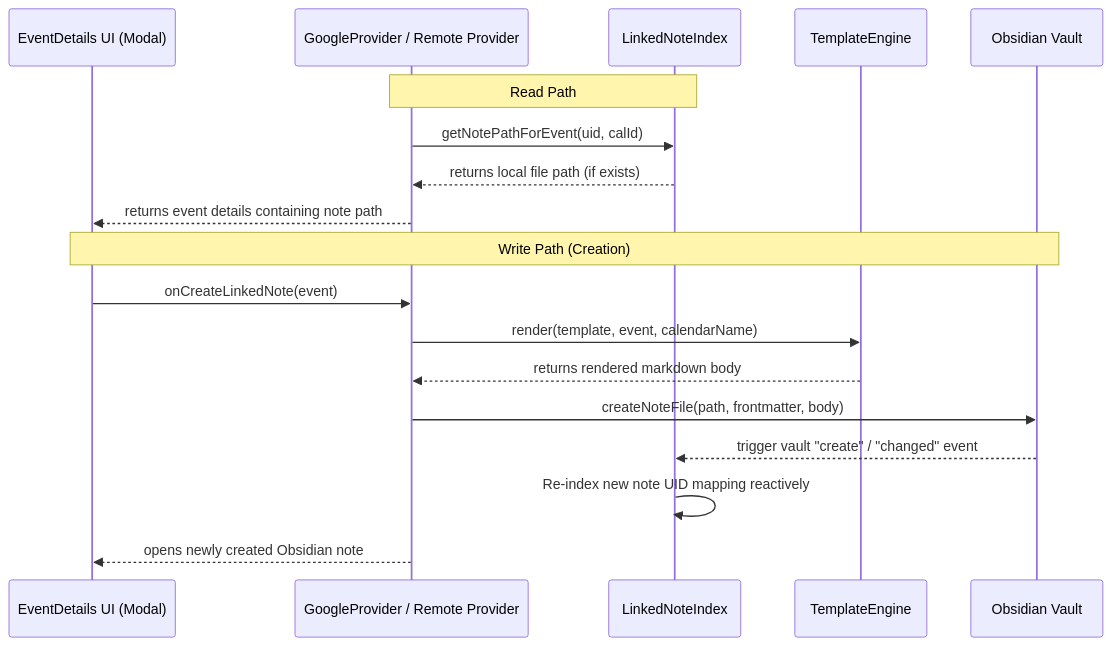
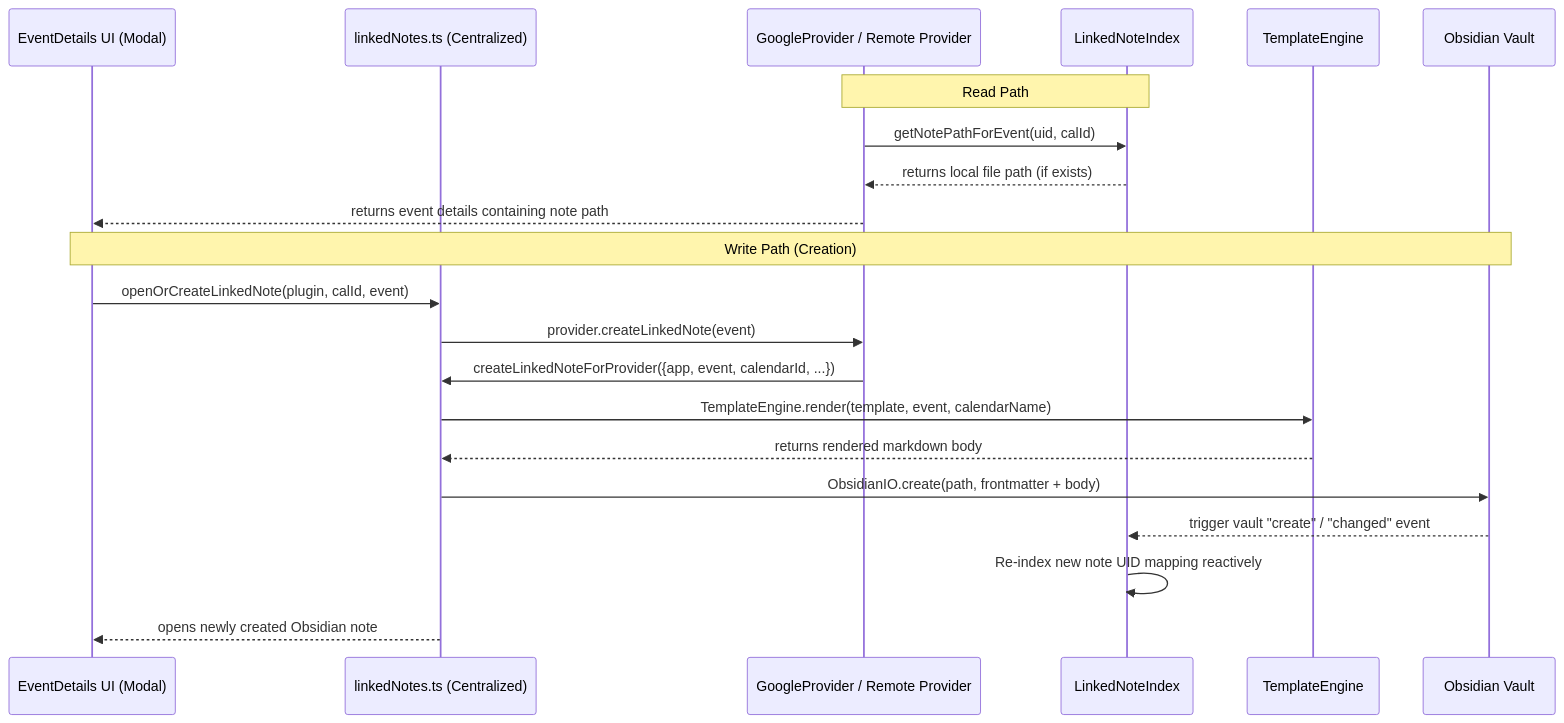
One commit to obsidian-full-calendar-remastered/plugin-full-calendar changed the diagram in docs/architecture/system/features/event-linked-notes.md. Above: the diagram before and after it, drawn with Mermaid. The commit also changed other lines of this file and 25 other files, not shown here.

First line of the commit message:
fix(linked-notes): Implement linked note creation and templating for calendar events

````diff
--- a/docs/architecture/system/features/event-linked-notes.md
+++ b/docs/architecture/system/features/event-linked-notes.md
@@ -45,22 +57,25 @@
 ```mermaid
 sequenceDiagram
     participant UI as EventDetails UI (Modal)
+    participant LN as linkedNotes.ts (Centralized)
     participant GP as GoogleProvider / Remote Provider
     participant LNI as LinkedNoteIndex
     participant TE as TemplateEngine
     participant V as Obsidian Vault
 
     Note over GP,LNI: Read Path
     GP->>LNI: getNotePathForEvent(uid, calId)
     LNI-->>GP: returns local file path (if exists)
     GP-->>UI: returns event details containing note path
 
     Note over UI,V: Write Path (Creation)
-    UI->>GP: onCreateLinkedNote(event)
-    GP->>TE: render(template, event, calendarName)
-    TE-->>GP: returns rendered markdown body
-    GP->>V: createNoteFile(path, frontmatter, body)
+    UI->>LN: openOrCreateLinkedNote(plugin, calId, event)
+    LN->>GP: provider.createLinkedNote(event)
+    GP->>LN: createLinkedNoteForProvider({app, event, calendarId, ...})
+    LN->>TE: TemplateEngine.render(template, event, calendarName)
+    TE-->>LN: returns rendered markdown body
+    LN->>V: ObsidianIO.create(path, frontmatter + body)
     V-->>LNI: trigger vault "create" / "changed" event
     LNI->>LNI: Re-index new note UID mapping reactively
-    GP-->>UI: opens newly created Obsidian note
+    LN-->>UI: opens newly created Obsidian note
 ```
````
